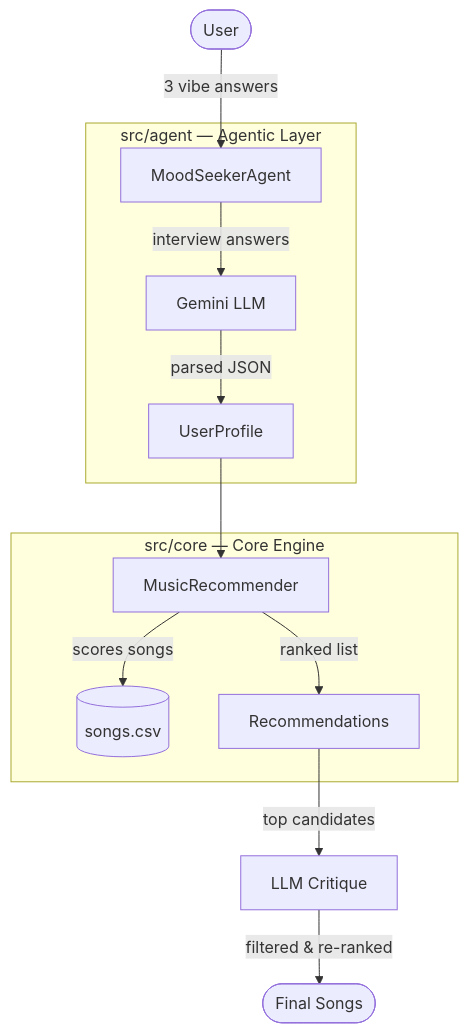
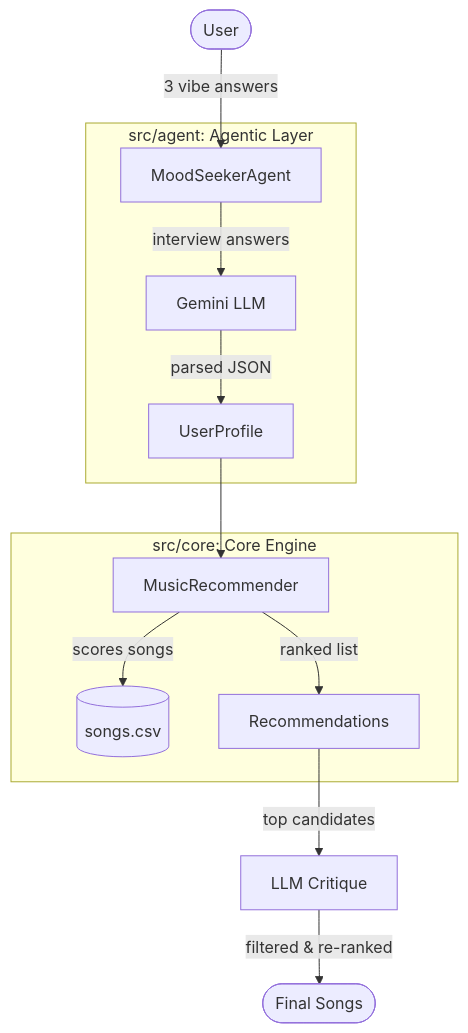
Before and after one commit to Moubarak-01/applied-ai-system-project: the diagram in README.md, drawn with Mermaid. The commit also changed other lines of this file, not shown here.

Commit message:
Refine README for clarity and detail, including improved descriptions of LLM interpretation, system architecture, and resolved engineering challenges

````diff
--- a/README.md
+++ b/README.md
@@ -69,19 +69,19 @@
 ```mermaid
 graph TD
     User([User]) -->|"3 vibe answers"| Agent
 
-    subgraph "src/agent — Agentic Layer"
+    subgraph "src/agent: Agentic Layer"
         Agent[MoodSeekerAgent]
         Agent -->|interview answers| LLM[Gemini LLM]
         LLM -->|parsed JSON| Profile[UserProfile]
     end
 
-    subgraph "src/core — Core Engine"
+    subgraph "src/core: Core Engine"
         Profile --> Recommender[MusicRecommender]
         Recommender -->|scores songs| Songs[(songs.csv)]
         Recommender -->|ranked list| Results[Recommendations]
     end
 
     Results -->|top candidates| Critique[LLM Critique]
     Critique -->|filtered & re-ranked| Final([Final Songs])
 ```
````
